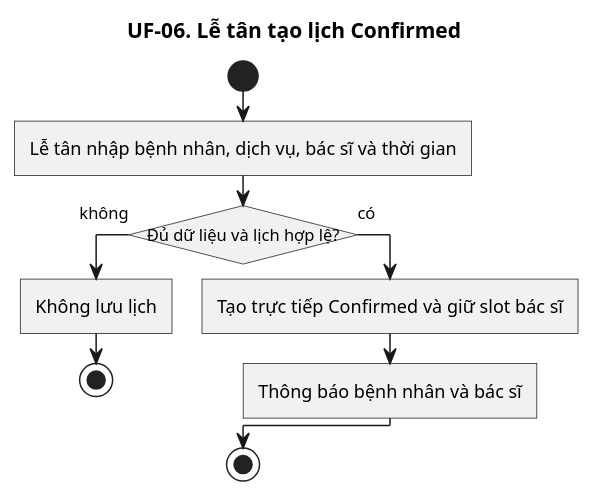
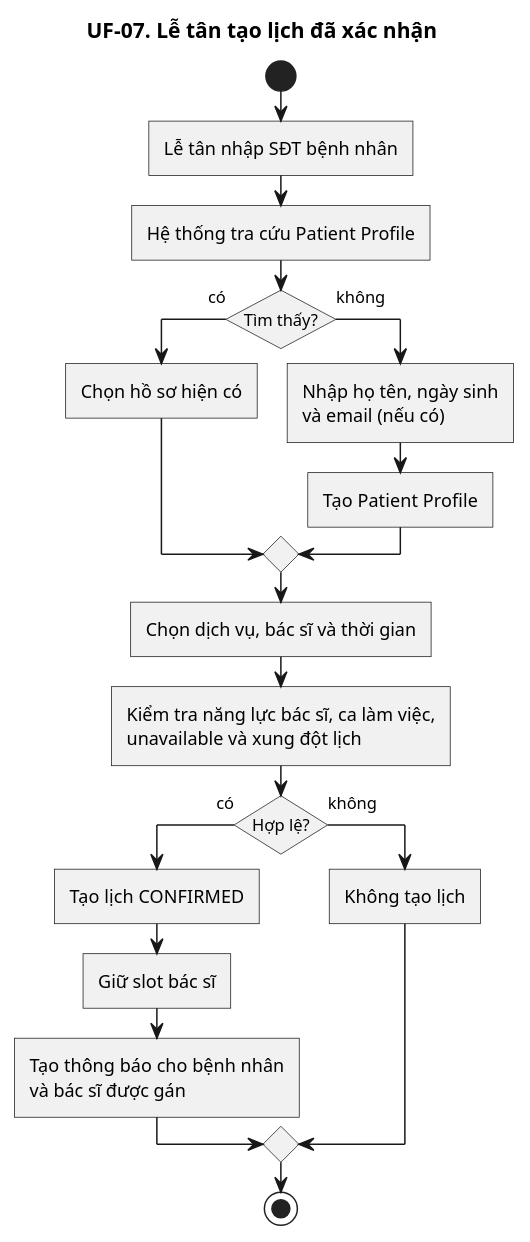
One commit to KhaVan-oi/ViClinic changed the diagram in doc/user-flow/07-tao-thang.puml. Above: the diagram before and after it, drawn with PlantUML. The commit also changed 26 other files, not shown here.

```diff
--- a/doc/user-flow/07-tao-thang.puml
+++ b/doc/user-flow/07-tao-thang.puml
@@ -1,19 +1,32 @@
 @startuml
-title UF-06. Lễ tân tạo lịch Confirmed
+title UF-07. Lễ tân tạo lịch đã xác nhận
+
 skinparam linetype ortho
 skinparam shadowing false
 skinparam roundcorner 0
 skinparam conditionStyle InsideDiamond
 skinparam conditionEndStyle diamond
 
 start
-:Lễ tân nhập bệnh nhân, dịch vụ, bác sĩ và thời gian;
-if (Đủ dữ liệu và lịch hợp lệ?) then (không)
-  :Không lưu lịch;
-  stop
-else (có)
-  :Tạo trực tiếp Confirmed và giữ slot bác sĩ;
-  :Thông báo bệnh nhân và bác sĩ;
+:Lễ tân nhập SĐT bệnh nhân;
+:Hệ thống tra cứu Patient Profile;
+if (Tìm thấy?) then (có)
+  :Chọn hồ sơ hiện có;
+else (không)
+  :Nhập họ tên, ngày sinh
+và email (nếu có);
+  :Tạo Patient Profile;
+endif
+:Chọn dịch vụ, bác sĩ và thời gian;
+:Kiểm tra năng lực bác sĩ, ca làm việc,
+unavailable và xung đột lịch;
+if (Hợp lệ?) then (có)
+  :Tạo lịch CONFIRMED;
+  :Giữ slot bác sĩ;
+  :Tạo thông báo cho bệnh nhân
+và bác sĩ được gán;
+else (không)
+  :Không tạo lịch;
 endif
 stop
 @enduml
```
